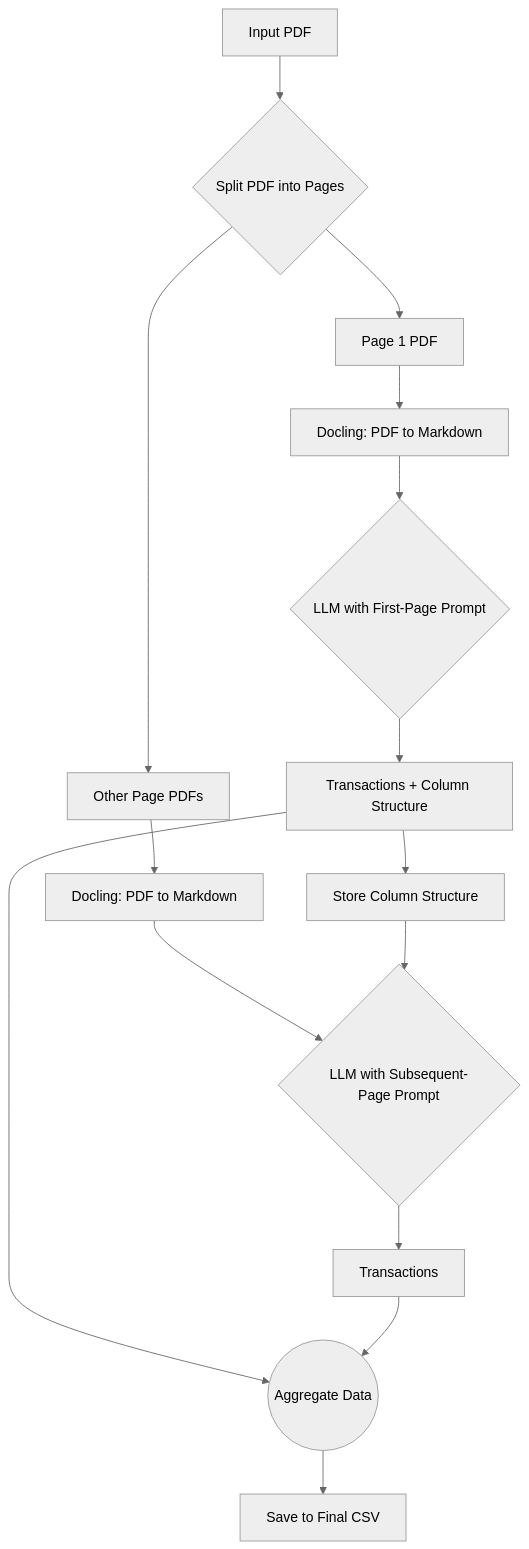
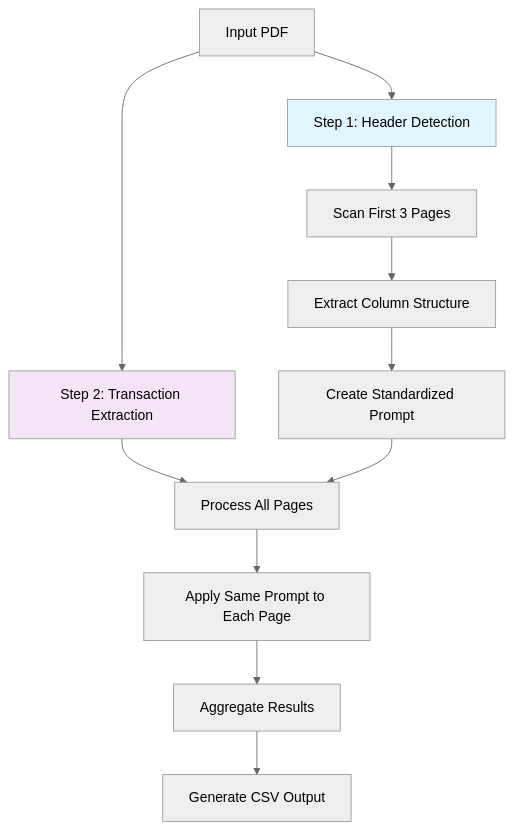
Before and after one commit to AhsanRiaz786/bank-statement-extraction: the diagram in README.md, drawn with Mermaid (neutral theme). The commit also changed other lines of this file and 1 other file, not shown here.

````diff
--- a/README.md
+++ b/README.md
@@ -98,21 +21,17 @@
 ```mermaid
 graph TD
-    A[Input PDF] --> B{Split PDF into Pages};
-    B --> C[Page 1 PDF];
-    B --> D[Other Page PDFs];
-
-    C --> E[Docling: PDF to Markdown];
-    E --> F{LLM with First-Page Prompt};
-    F --> G[Transactions + Column Structure];
-    G --> H[Store Column Structure];
+    A[Input PDF] --> B[Step 1: Header Detection]
+    B --> C[Scan First 3 Pages]
+    C --> D[Extract Column Structure]
+    D --> E[Create Standardized Prompt]
     
-    D --> I[Docling: PDF to Markdown];
-    I --> J{LLM with Subsequent-Page Prompt};
-    H --> J;
-    J --> K[Transactions];
+    A --> F[Step 2: Transaction Extraction]
+    F --> G[Process All Pages]
+    E --> G
+    G --> H[Apply Same Prompt to Each Page]
+    H --> I[Aggregate Results]
+    I --> J[Generate CSV Output]
     
-    G --> L((Aggregate Data));
-    K --> L;
-    
-    L --> M[Save to Final CSV];
+    style B fill:#e1f5fe
+    style F fill:#f3e5f5
 ```
````
